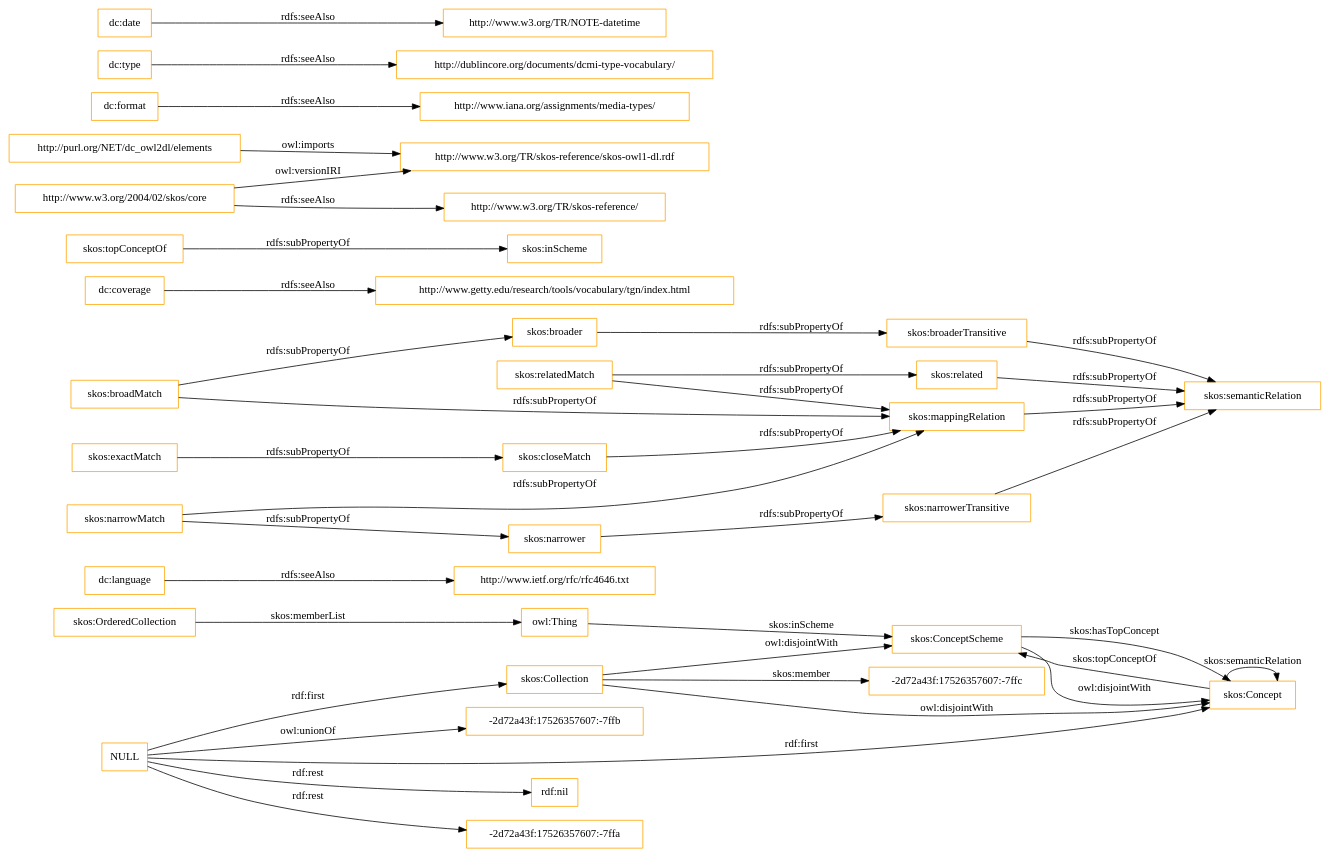
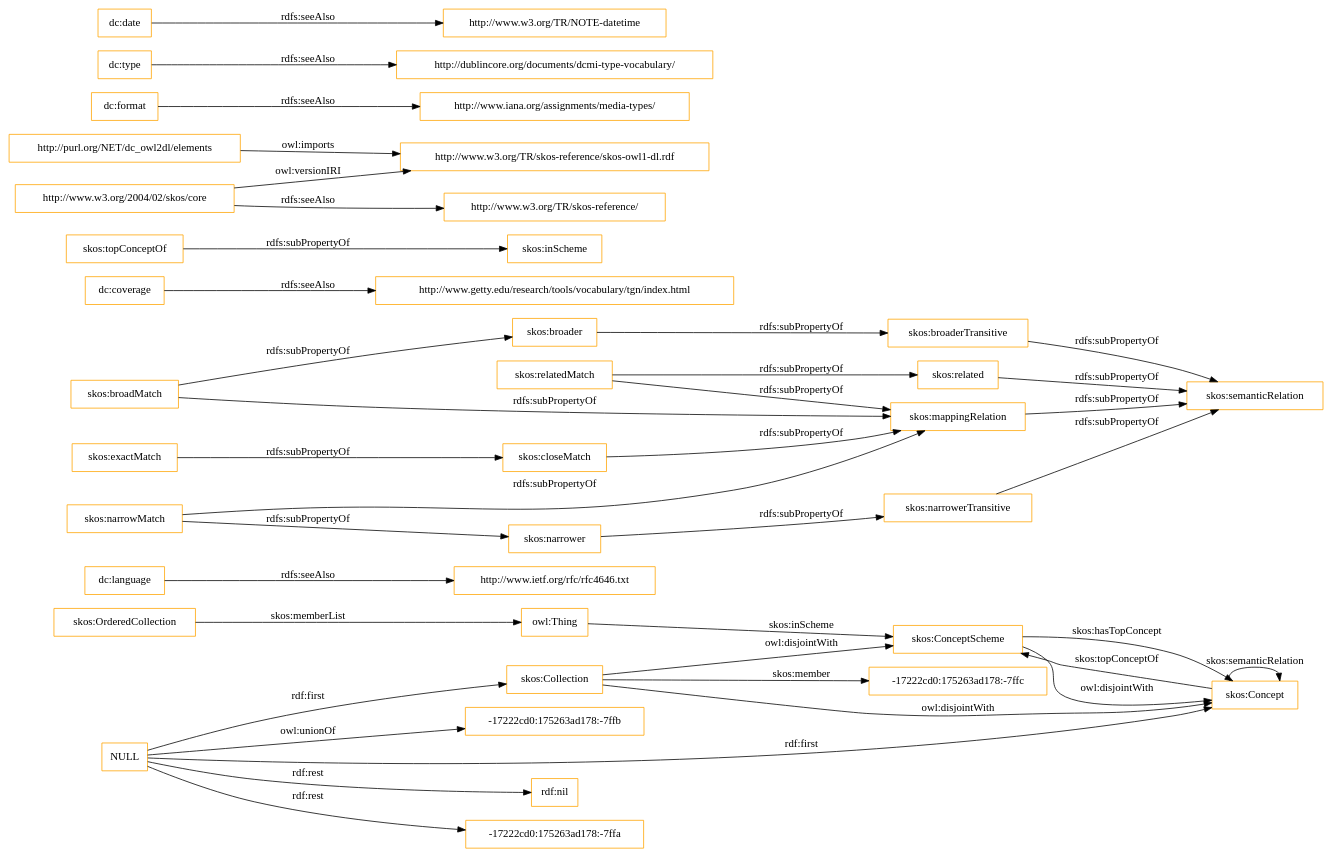
One commit to OnToologyUser/core-ontology-1 changed the diagram in OnToology/imports/elements.owl/diagrams/ar2dtool-class/elements.owl.png.dot. Above: the diagram before and after it, drawn with Graphviz. The commit also changed 14 other files, not shown here.

```diff
--- a/OnToology/imports/elements.owl/diagrams/ar2dtool-class/elements.owl.png.dot
+++ b/OnToology/imports/elements.owl/diagrams/ar2dtool-class/elements.owl.png.dot
@@ -1,43 +1,43 @@
 digraph ar2dtool_diagram { 
 rankdir=LR;
 size="1501"
-node [shape = rectangle, color="orange"]; "-2d72a43f:17526357607:-7ffc" "skos:OrderedCollection" "skos:Collection" "skos:ConceptScheme" "skos:Concept" ; /*classes style*/
+node [shape = rectangle, color="orange"]; "-17222cd0:175263ad178:-7ffc" "skos:OrderedCollection" "skos:Collection" "skos:ConceptScheme" "skos:Concept" ; /*classes style*/
 	"dc:language" -> "http://www.ietf.org/rfc/rfc4646.txt" [ label = "rdfs:seeAlso" ];
 	"NULL" -> "rdf:nil" [ label = "rdf:rest" ];
 	"NULL" -> "skos:Collection" [ label = "rdf:first" ];
-	"NULL" -> "-2d72a43f:17526357607:-7ffa" [ label = "rdf:rest" ];
+	"NULL" -> "-17222cd0:175263ad178:-7ffa" [ label = "rdf:rest" ];
 	"NULL" -> "skos:Concept" [ label = "rdf:first" ];
-	"NULL" -> "-2d72a43f:17526357607:-7ffb" [ label = "owl:unionOf" ];
+	"NULL" -> "-17222cd0:175263ad178:-7ffb" [ label = "owl:unionOf" ];
 	"skos:closeMatch" -> "skos:mappingRelation" [ label = "rdfs:subPropertyOf" ];
 	"dc:coverage" -> "http://www.getty.edu/research/tools/vocabulary/tgn/index.html" [ label = "rdfs:seeAlso" ];
 	"skos:relatedMatch" -> "skos:related" [ label = "rdfs:subPropertyOf" ];
 	"skos:relatedMatch" -> "skos:mappingRelation" [ label = "rdfs:subPropertyOf" ];
 	"skos:ConceptScheme" -> "skos:Concept" [ label = "owl:disjointWith" ];
 	"skos:related" -> "skos:semanticRelation" [ label = "rdfs:subPropertyOf" ];
 	"skos:topConceptOf" -> "skos:inScheme" [ label = "rdfs:subPropertyOf" ];
 	"skos:broadMatch" -> "skos:broader" [ label = "rdfs:subPropertyOf" ];
 	"skos:broadMatch" -> "skos:mappingRelation" [ label = "rdfs:subPropertyOf" ];
 	"http://purl.org/NET/dc_owl2dl/elements" -> "http://www.w3.org/TR/skos-reference/skos-owl1-dl.rdf" [ label = "owl:imports" ];
 	"skos:exactMatch" -> "skos:closeMatch" [ label = "rdfs:subPropertyOf" ];
 	"dc:format" -> "http://www.iana.org/assignments/media-types/" [ label = "rdfs:seeAlso" ];
 	"skos:broaderTransitive" -> "skos:semanticRelation" [ label = "rdfs:subPropertyOf" ];
 	"dc:type" -> "http://dublincore.org/documents/dcmi-type-vocabulary/" [ label = "rdfs:seeAlso" ];
 	"skos:broader" -> "skos:broaderTransitive" [ label = "rdfs:subPropertyOf" ];
 	"skos:mappingRelation" -> "skos:semanticRelation" [ label = "rdfs:subPropertyOf" ];
 	"http://www.w3.org/2004/02/skos/core" -> "http://www.w3.org/TR/skos-reference/skos-owl1-dl.rdf" [ label = "owl:versionIRI" ];
 	"http://www.w3.org/2004/02/skos/core" -> "http://www.w3.org/TR/skos-reference/" [ label = "rdfs:seeAlso" ];
 	"skos:Collection" -> "skos:ConceptScheme" [ label = "owl:disjointWith" ];
 	"skos:Collection" -> "skos:Concept" [ label = "owl:disjointWith" ];
 	"skos:narrowMatch" -> "skos:narrower" [ label = "rdfs:subPropertyOf" ];
 	"skos:narrowMatch" -> "skos:mappingRelation" [ label = "rdfs:subPropertyOf" ];
 	"skos:narrower" -> "skos:narrowerTransitive" [ label = "rdfs:subPropertyOf" ];
 	"dc:date" -> "http://www.w3.org/TR/NOTE-datetime" [ label = "rdfs:seeAlso" ];
 	"skos:narrowerTransitive" -> "skos:semanticRelation" [ label = "rdfs:subPropertyOf" ];
 	"skos:OrderedCollection" -> "owl:Thing" [ label = "skos:memberList" ];
 	"skos:Concept" -> "skos:ConceptScheme" [ label = "skos:topConceptOf" ];
 	"skos:Concept" -> "skos:Concept" [ label = "skos:semanticRelation" ];
-	"skos:Collection" -> "-2d72a43f:17526357607:-7ffc" [ label = "skos:member" ];
+	"skos:Collection" -> "-17222cd0:175263ad178:-7ffc" [ label = "skos:member" ];
 	"skos:ConceptScheme" -> "skos:Concept" [ label = "skos:hasTopConcept" ];
 	"owl:Thing" -> "skos:ConceptScheme" [ label = "skos:inScheme" ];
 
 }
```
